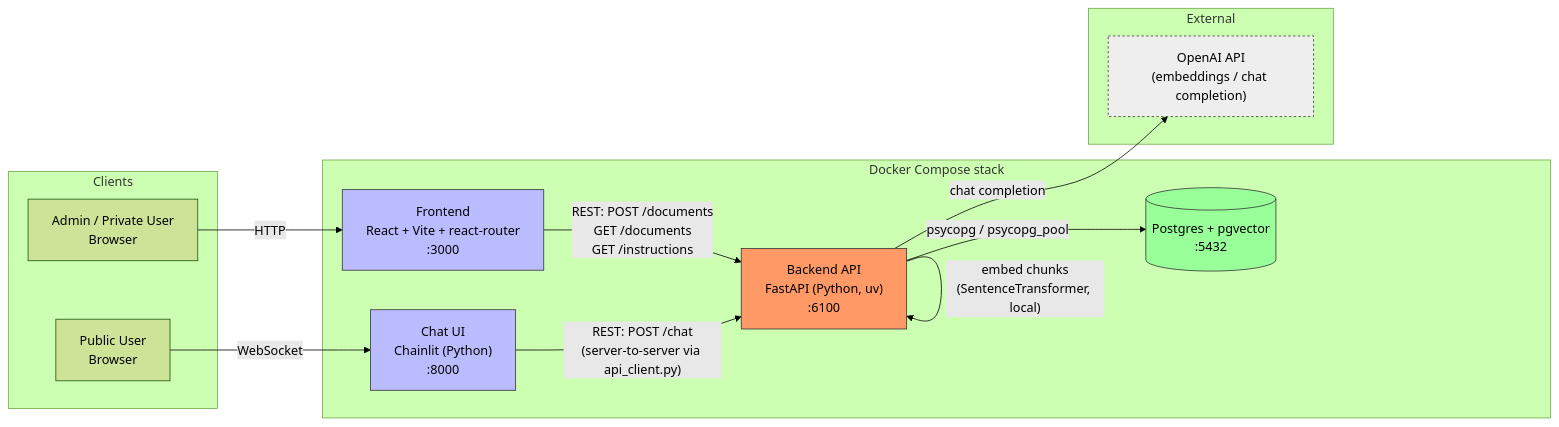
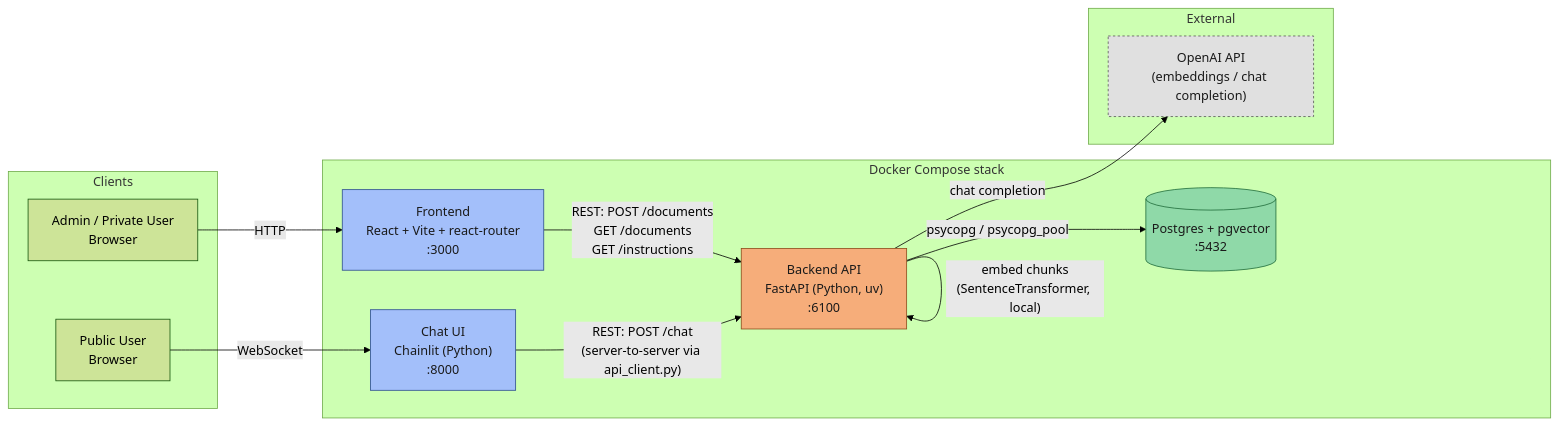
One commit to Last-Mile-Health-DH/Senior-Full-Stack-Engineer-Skills-Assessment changed the first of 4 diagrams in README.md. Above: the diagram before and after it, drawn with Mermaid (forest theme). The commit also changed other lines of this file, not shown here.

Commit message:
updating Readme mermaid colors

````diff
--- a/README.md
+++ b/README.md
@@ -122,38 +122,38 @@
 ```mermaid
 flowchart LR
     subgraph Clients
         U1[Admin / Private User<br/>Browser]
         U2[Public User<br/>Browser]
     end
 
     subgraph App["Docker Compose stack"]
         FE["Frontend<br/>React + Vite + react-router<br/>:3000"]
         CL["Chat UI<br/>Chainlit (Python)<br/>:8000"]
         BE["Backend API<br/>FastAPI (Python, uv)<br/>:6100"]
         DB[("Postgres + pgvector<br/>:5432")]
     end
 
     subgraph External
         OAI["OpenAI API<br/>(embeddings / chat completion)"]
     end
 
     U1 -->|HTTP| FE
     U2 -->|WebSocket| CL
 
     FE -->|"REST: POST /documents<br/>GET /documents<br/>GET /instructions"| BE
     CL -->|"REST: POST /chat<br/>(server-to-server via api_client.py)"| BE
 
     BE -->|psycopg / psycopg_pool| DB
     BE -->|"embed chunks<br/>(SentenceTransformer, local)"| BE
     BE -->|"chat completion"| OAI
 
-    classDef frontend fill:#bbf,stroke:#333,stroke-width:1px;
-    classDef backend fill:#f96,stroke:#333,stroke-width:1px;
-    classDef storage fill:#9f9,stroke:#333,stroke-width:1px;
-    classDef external fill:#eee,stroke:#333,stroke-width:1px,stroke-dasharray: 3 3;
+    classDef frontend fill:#a3bffa,stroke:#2b4c8c,stroke-width:1px,color:#1a1a1a;
+    classDef backend fill:#f6ad7a,stroke:#8c4a1a,stroke-width:1px,color:#1a1a1a;
+    classDef storage fill:#8fd9a8,stroke:#1f6b3a,stroke-width:1px,color:#1a1a1a;
+    classDef external fill:#e0e0e0,stroke:#555,stroke-width:1px,stroke-dasharray: 3 3,color:#1a1a1a;
 
     class FE,CL frontend;
     class BE backend;
     class DB storage;
     class OAI external;
 ```
````
